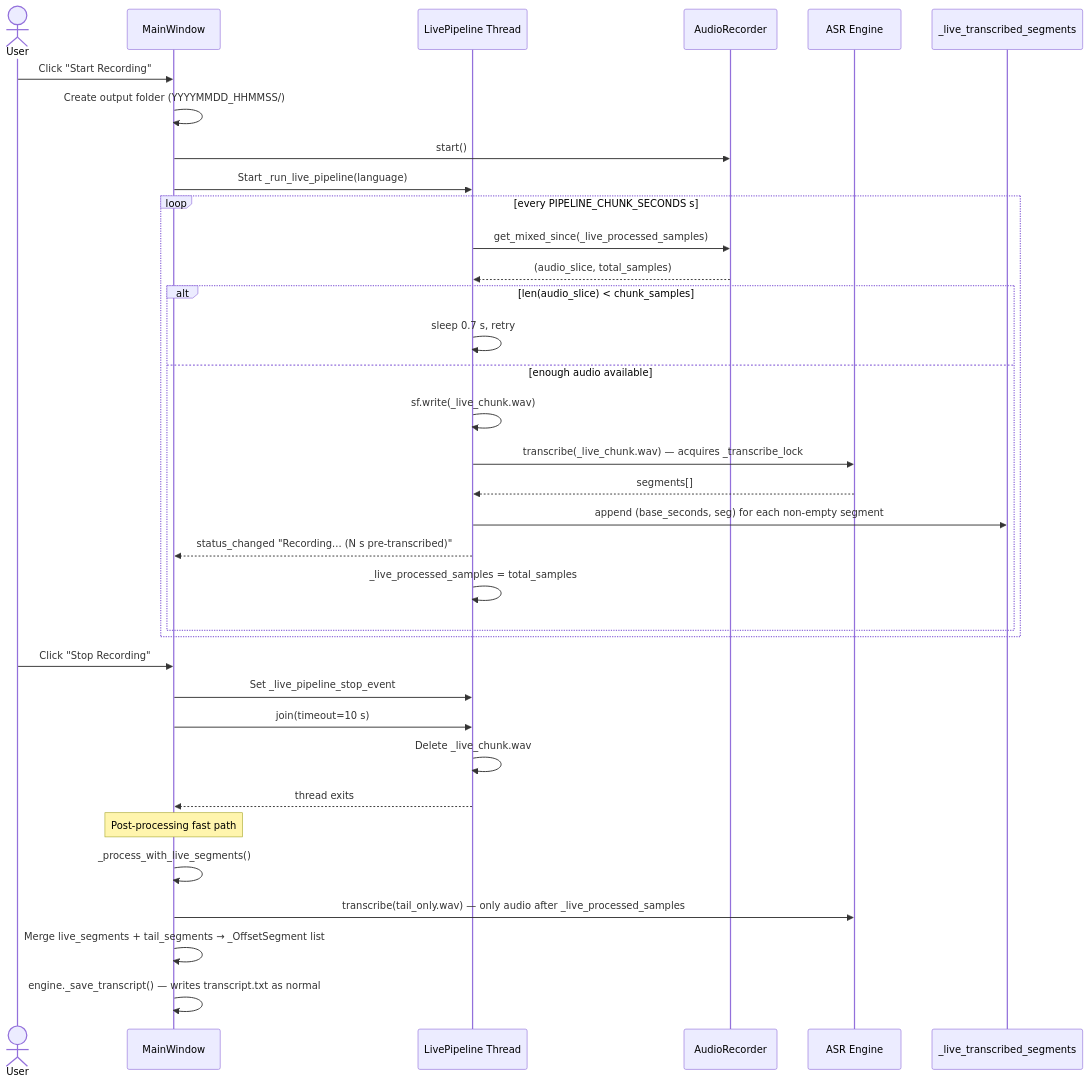
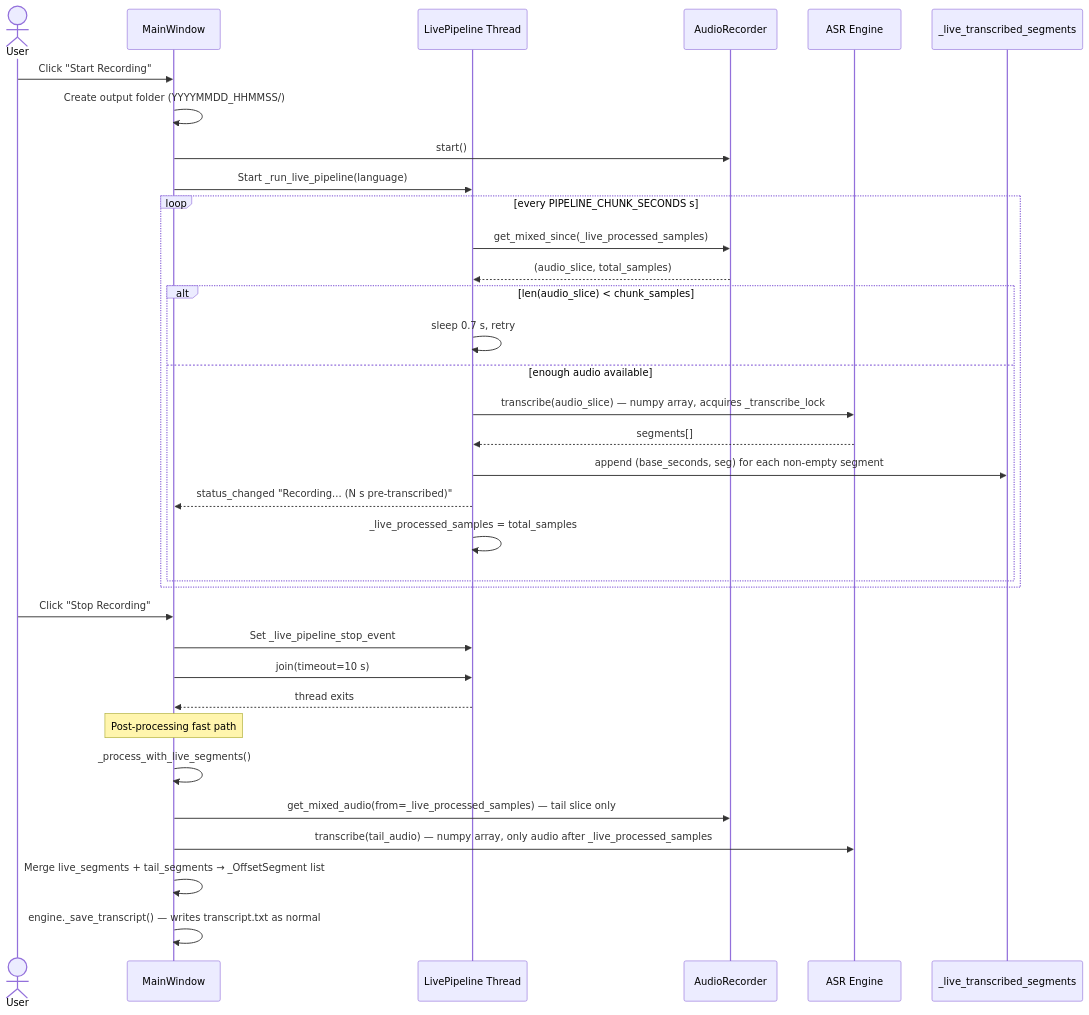
One commit to edoardomazzella/meeting-transcriber changed the seventh of 10 diagrams in docs/ARCHITECTURE.md. Above: the diagram before and after it, drawn with Mermaid. The commit also changed other lines of this file and 7 other files, not shown here.

````diff
--- a/docs/ARCHITECTURE.md
+++ b/docs/ARCHITECTURE.md
@@ -316,41 +322,40 @@
 ```mermaid
 sequenceDiagram
     actor User
     participant GUI as MainWindow
     participant LP as LivePipeline Thread
     participant Rec as AudioRecorder
     participant ASR as ASR Engine
     participant MEM as _live_transcribed_segments
 
     User->>GUI: Click "Start Recording"
     GUI->>GUI: Create output folder (YYYYMMDD_HHMMSS/)
     GUI->>Rec: start()
     GUI->>LP: Start _run_live_pipeline(language)
 
     loop every PIPELINE_CHUNK_SECONDS s
         LP->>Rec: get_mixed_since(_live_processed_samples)
         Rec-->>LP: (audio_slice, total_samples)
         alt len(audio_slice) < chunk_samples
             LP->>LP: sleep 0.7 s, retry
         else enough audio available
-            LP->>LP: sf.write(_live_chunk.wav)
-            LP->>ASR: transcribe(_live_chunk.wav) — acquires _transcribe_lock
+            LP->>ASR: transcribe(audio_slice) — numpy array, acquires _transcribe_lock
             ASR-->>LP: segments[]
             LP->>MEM: append (base_seconds, seg) for each non-empty segment
             LP-->>GUI: status_changed "Recording... (N s pre-transcribed)"
             LP->>LP: _live_processed_samples = total_samples
         end
     end
 
     User->>GUI: Click "Stop Recording"
     GUI->>LP: Set _live_pipeline_stop_event
     GUI->>LP: join(timeout=10 s)
-    LP->>LP: Delete _live_chunk.wav
     LP-->>GUI: thread exits
 
     Note over GUI: Post-processing fast path
     GUI->>GUI: _process_with_live_segments()
-    GUI->>ASR: transcribe(tail_only.wav) — only audio after _live_processed_samples
+    GUI->>Rec: get_mixed_audio(from=_live_processed_samples) — tail slice only
+    GUI->>ASR: transcribe(tail_audio) — numpy array, only audio after _live_processed_samples
     GUI->>GUI: Merge live_segments + tail_segments → _OffsetSegment list
     GUI->>GUI: engine._save_transcript() — writes transcript.txt as normal
 ```
````
